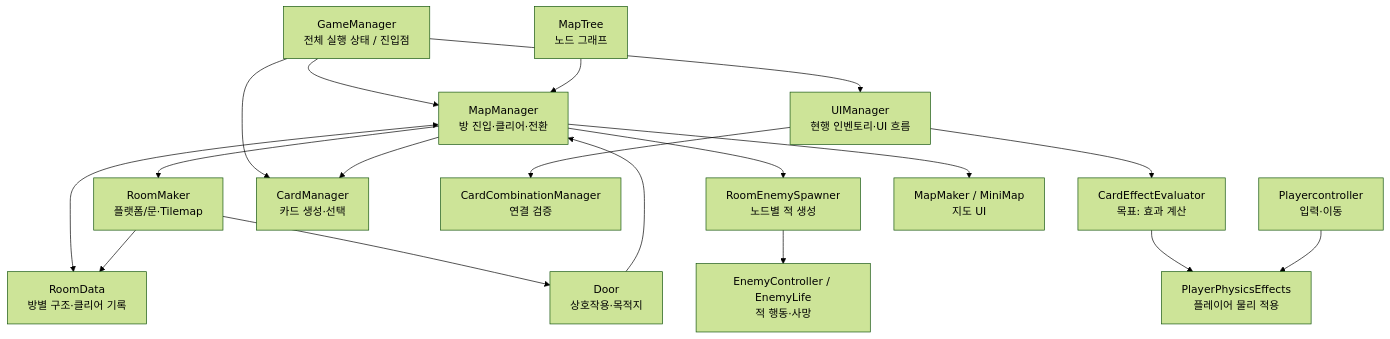
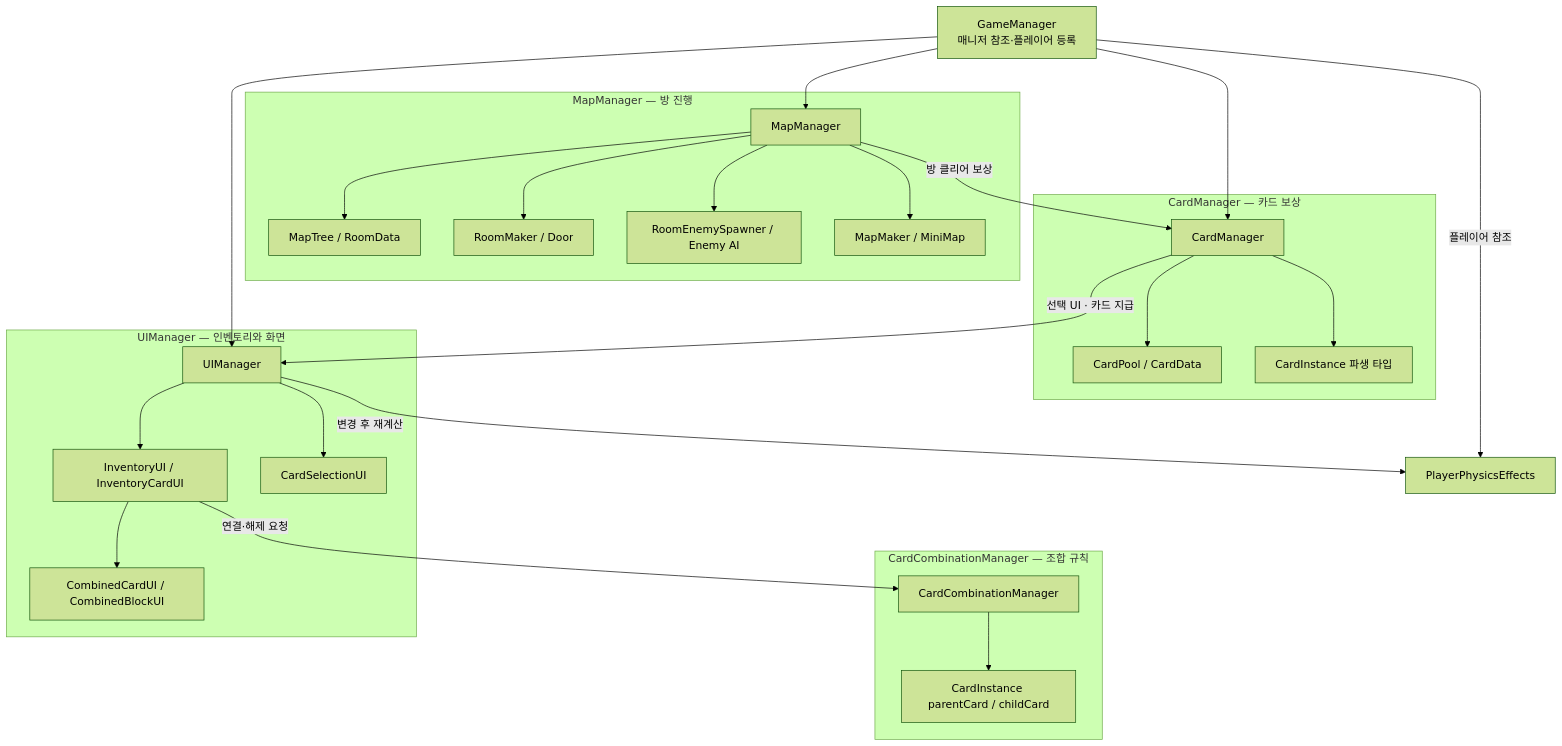
One commit to junsik316/PatchNote changed the first of 2 diagrams in docs/ARCHITECTURE.md. Above: the diagram before and after it, drawn with Mermaid (forest theme). The commit also changed other lines of this file and 1 other file, not shown here.

````diff
--- a/docs/ARCHITECTURE.md
+++ b/docs/ARCHITECTURE.md
@@ -9,35 +23,44 @@
 ```mermaid
 flowchart TB
-    GM[GameManager\n전체 실행 상태 / 진입점]
-    MM[MapManager\n방 진입·클리어·전환]
-    MT[MapTree\n노드 그래프]
-    RD[RoomData\n방별 구조·클리어 기록]
-    RM[RoomMaker\n플랫폼/문·Tilemap]
-    ES[RoomEnemySpawner\n노드별 적 생성]
-    EN[EnemyController / EnemyLife\n적 행동·사망]
-    CM[CardManager\n카드 생성·선택]
-    CC[CardCombinationManager\n연결 검증]
-    UI[UIManager\n현행 인벤토리·UI 흐름]
-    CP[CardEffectEvaluator\n목표: 효과 계산]
-    PC[Playercontroller\n입력·이동]
-    PE[PlayerPhysicsEffects\n플레이어 물리 적용]
-    DOOR[Door\n상호작용·목적지]
-    MAPUI[MapMaker / MiniMap\n지도 UI]
+    GM[GameManager\n매니저 참조·플레이어 등록]
+    subgraph MAP[MapManager — 방 진행]
+        MM[MapManager]
+        MT[MapTree / RoomData]
+        RM[RoomMaker / Door]
+        ES[RoomEnemySpawner / Enemy AI]
+        MP[MapMaker / MiniMap]
+        MM --> MT
+        MM --> RM
+        MM --> ES
+        MM --> MP
+    end
+    subgraph CARD[CardManager — 카드 보상]
+        CM[CardManager]
+        CD[CardPool / CardData]
+        CI[CardInstance 파생 타입]
+        CM --> CD
+        CM --> CI
+    end
+    subgraph COMBO[CardCombinationManager — 조합 규칙]
+        CC[CardCombinationManager]
+        CH[CardInstance parentCard / childCard]
+        CC --> CH
+    end
+    subgraph UI[UIManager — 인벤토리와 화면]
+        UM[UIManager]
+        IV[InventoryUI / InventoryCardUI]
+        BL[CombinedCardUI / CombinedBlockUI]
+        SEL[CardSelectionUI]
+        UM --> IV
+        IV --> BL
+        UM --> SEL
+    end
     GM --> MM
     GM --> CM
-    GM --> UI
-    MT --> MM
-    MM <--> RD
-    MM --> RM
-    MM --> ES
-    RM --> DOOR
-    RM --> RD
-    ES --> EN
-    MM --> MAPUI
-    MM --> CM
-    UI --> CC
-    UI --> CP
-    CP --> PE
-    PC --> PE
-    DOOR --> MM
+    GM --> UM
+    MM -->|방 클리어 보상| CM
+    CM -->|선택 UI · 카드 지급| UM
+    IV -->|연결·해제 요청| CC
+    UM -->|변경 후 재계산| PE[PlayerPhysicsEffects]
+    GM -->|플레이어 참조| PE
 ```
````
